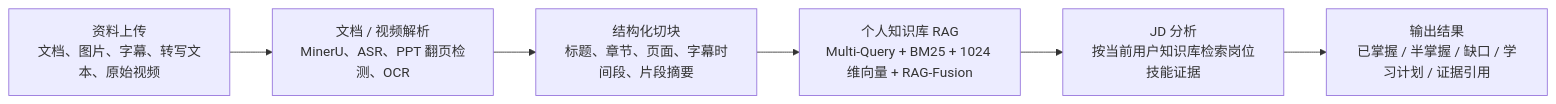
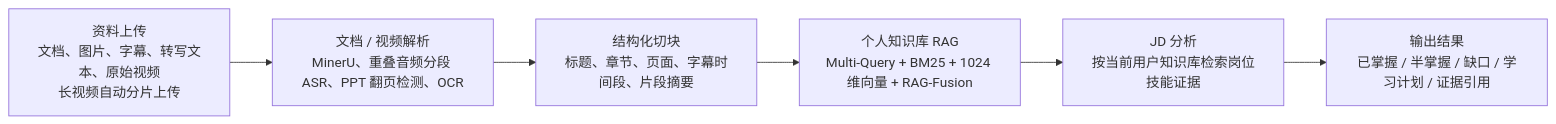
The first of 6 diagrams in README.md (HeWhenJay/Multimodal-RAG-Agent-Learning-Evidence-Platform), drawn with Mermaid before and after one commit. The commit also changed other lines of this file and 106 other files, not shown here.

````diff
--- a/README.md
+++ b/README.md
@@ -76,8 +76,8 @@
 ```mermaid
 flowchart LR
-    A["资料上传<br/>文档、图片、字幕、转写文本、原始视频"] --> B["文档 / 视频解析<br/>MinerU、ASR、PPT 翻页检测、OCR"]
+    A["资料上传<br/>文档、图片、字幕、转写文本、原始视频<br/>长视频自动分片上传"] --> B["文档 / 视频解析<br/>MinerU、重叠音频分段 ASR、PPT 翻页检测、OCR"]
     B --> C["结构化切块<br/>标题、章节、页面、字幕时间段、片段摘要"]
     C --> D["个人知识库 RAG<br/>Multi-Query + BM25 + 1024 维向量 + RAG-Fusion"]
     D --> E["JD 分析<br/>按当前用户知识库检索岗位技能证据"]
     E --> F["输出结果<br/>已掌握 / 半掌握 / 缺口 / 学习计划 / 证据引用"]
 ```
````
